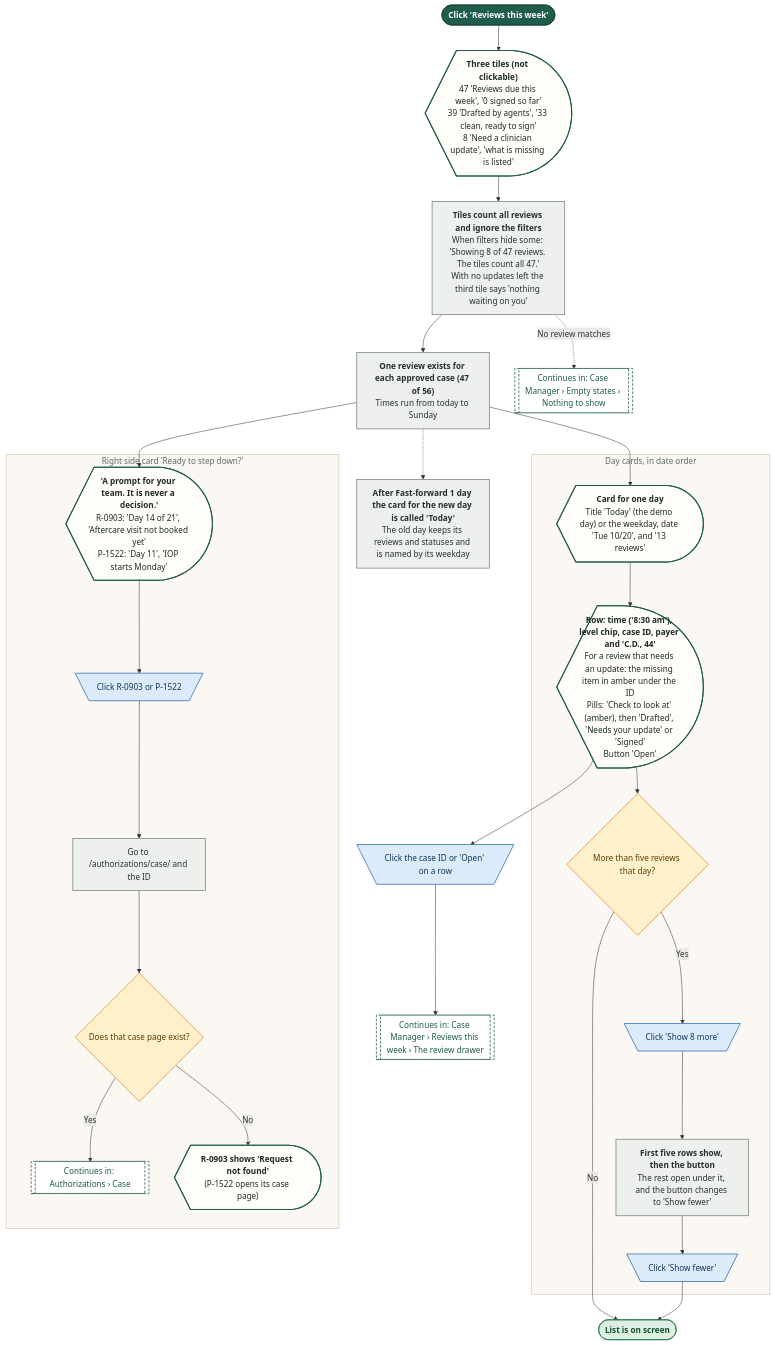
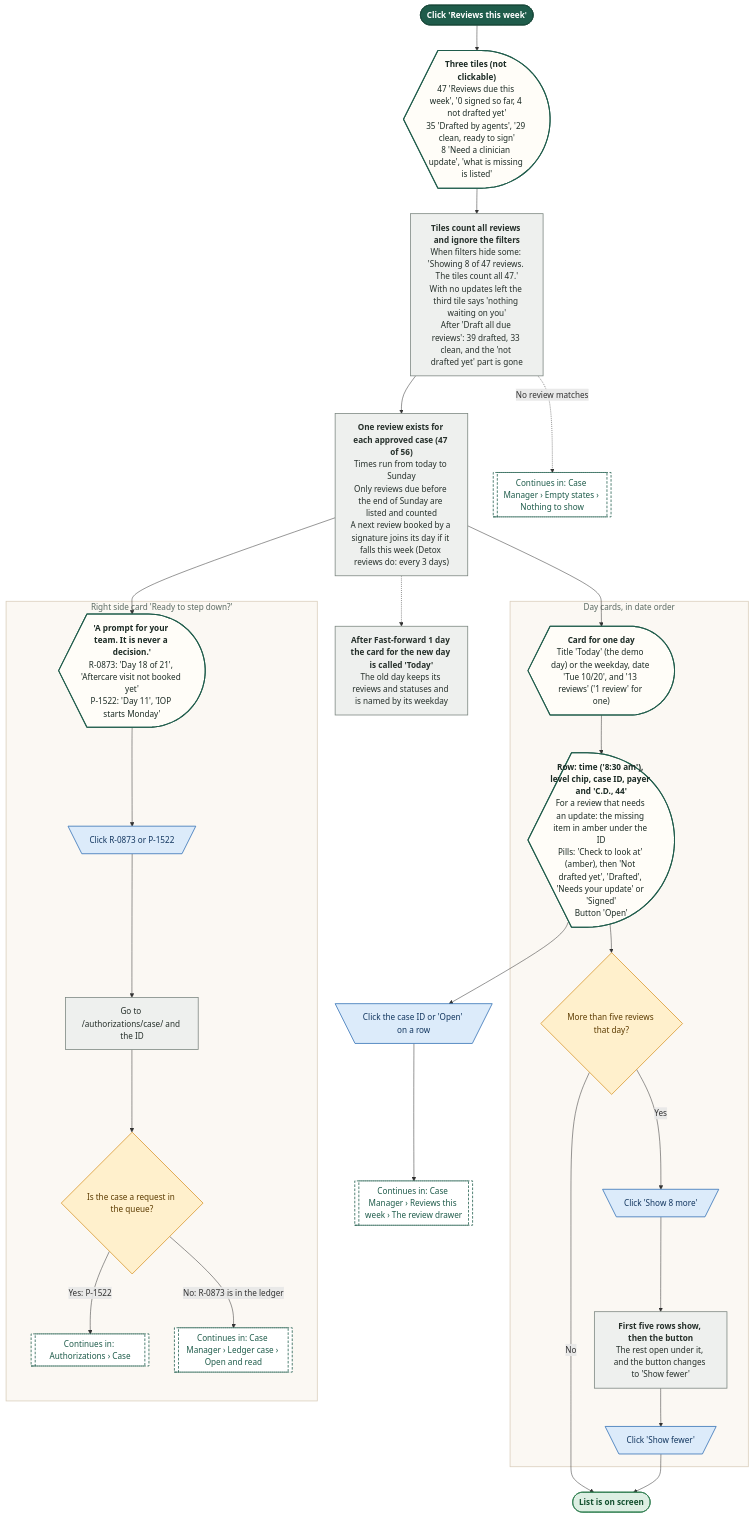
Before and after one commit to Shrav143/psyfloapp: diagram 13 of 21 in demos/prior-auth-demo/workflows/out/md/07-case-manager.md, drawn with Mermaid. The commit also changed other lines of this file and 195 other files, not shown here.

First line of the commit message:
docs: Rebuild workflow diagrams after the demo fixes (220 diagrams)

````diff
--- a/demos/prior-auth-demo/workflows/out/md/07-case-manager.md
+++ b/demos/prior-auth-demo/workflows/out/md/07-case-manager.md
@@ -674,65 +869,65 @@
 ```mermaid
 %%{init: {"theme":"base","themeVariables":{"fontFamily":"'DM Sans', 'Segoe UI', system-ui, sans-serif","fontSize":"15px","lineColor":"#5B6B63","primaryTextColor":"#1C2B25","clusterBkg":"#FBF8F3","clusterBorder":"#D9CDBB","edgeLabelBackground":"#FFFFFF"},"flowchart":{"curve":"basis","nodeSpacing":36,"rankSpacing":48,"padding":12,"htmlLabels":true,"useMaxWidth":false,"wrappingWidth":230}} }%%
 flowchart TD
   classDef k_start fill:#1F5C4B,stroke:#174638,color:#FFFFFF,stroke-width:1.5px,font-weight:600
   classDef k_end fill:#DDEFE3,stroke:#2E7D4F,color:#14502F,stroke-width:1.5px,font-weight:600
   classDef k_endx fill:#FBE3E0,stroke:#C0392B,color:#7A1F16,stroke-width:1.5px,font-weight:600
   classDef k_screen fill:#FFFDF8,stroke:#1F5C4B,color:#1C2B25,stroke-width:2px
   classDef k_overlay fill:#F1F7F3,stroke:#1F5C4B,color:#1C2B25,stroke-width:2px,stroke-dasharray:5 3
   classDef k_click fill:#DCEBFA,stroke:#2F6DB5,color:#12365F,stroke-width:1.5px
   classDef k_input fill:#E4E7FF,stroke:#4C5FD5,color:#1D2670,stroke-width:1.5px
   classDef k_process fill:#EEF0EE,stroke:#7A857F,color:#26302B,stroke-width:1.5px
   classDef k_agent fill:#EEE5FA,stroke:#7A4FC2,color:#341A63,stroke-width:1.5px
   classDef k_decision fill:#FFF0CC,stroke:#D9962B,color:#5C3B00,stroke-width:1.5px
   classDef k_store fill:#D5F0EA,stroke:#1C8E7B,color:#0B4A3F,stroke-width:1.5px
   classDef k_doc fill:#F6E9DC,stroke:#B07A4C,color:#4A2E14,stroke-width:1.5px
   classDef k_ext fill:#FFE6D2,stroke:#E07B39,color:#6B2F06,stroke-width:1.5px
   classDef k_wait fill:#E4E8EE,stroke:#6B7C93,color:#26303D,stroke-width:1.5px
   classDef k_toast fill:#FFF9DB,stroke:#C9A400,color:#5A4A00,stroke-width:1.5px
   classDef k_goto fill:#FFFFFF,stroke:#1F5C4B,color:#1F5C4B,stroke-width:1.5px,stroke-dasharray:5 3
   s1@{ shape: stadium, label: "Click 'Reviews this week'" }
-  t0@{ shape: curv-trap, label: "<b>Three tiles (not clickable)</b><br/>47 'Reviews due this week', '0 signed so far'<br/>39 'Drafted by agents', '33 clean, ready to sign'<br/>8 'Need a clinician update', 'what is missing is listed'" }
-  p0@{ shape: rect, label: "<b>Tiles count all reviews and ignore the filters</b><br/>When filters hide some: 'Showing 8 of 47 reviews. The tiles count all 47.'<br/>With no updates left the third tile says 'nothing waiting on you'" }
-  p1@{ shape: rect, label: "<b>One review exists for each approved case (47 of 56)</b><br/>Times run from today to Sunday" }
+  t0@{ shape: curv-trap, label: "<b>Three tiles (not clickable)</b><br/>47 'Reviews due this week', '0 signed so far, 4 not drafted yet'<br/>35 'Drafted by agents', '29 clean, ready to sign'<br/>8 'Need a clinician update', 'what is missing is listed'" }
+  p0@{ shape: rect, label: "<b>Tiles count all reviews and ignore the filters</b><br/>When filters hide some: 'Showing 8 of 47 reviews. The tiles count all 47.'<br/>With no updates left the third tile says 'nothing waiting on you'<br/>After 'Draft all due reviews': 39 drafted, 33 clean, and the 'not drafted yet' part is gone" }
+  p1@{ shape: rect, label: "<b>One review exists for each approved case (47 of 56)</b><br/>Times run from today to Sunday<br/>Only reviews due before the end of Sunday are listed and counted<br/>A next review booked by a signature joins its day if it falls this week (Detox reviews do: every 3 days)" }
   subgraph gDays ["Day cards, in date order"]
-  d1@{ shape: curv-trap, label: "<b>Card for one day</b><br/>Title 'Today' (the demo day) or the weekday, date 'Tue 10/20', and '13 reviews'" }
-  d2@{ shape: curv-trap, label: "<b>Row: time ('8:30 am'), level chip, case ID, payer and 'C.D., 44'</b><br/>For a review that needs an update: the missing item in amber under the ID<br/>Pills: 'Check to look at' (amber), then 'Drafted', 'Needs your update' or 'Signed'<br/>Button 'Open'" }
+  d1@{ shape: curv-trap, label: "<b>Card for one day</b><br/>Title 'Today' (the demo day) or the weekday, date 'Tue 10/20', and '13 reviews' ('1 review' for one)" }
+  d2@{ shape: curv-trap, label: "<b>Row: time ('8:30 am'), level chip, case ID, payer and 'C.D., 44'</b><br/>For a review that needs an update: the missing item in amber under the ID<br/>Pills: 'Check to look at' (amber), then 'Not drafted yet', 'Drafted', 'Needs your update' or 'Signed'<br/>Button 'Open'" }
   d3@{ shape: diam, label: "More than five reviews that day?" }
   c3@{ shape: trap-t, label: "Click 'Show 8 more'" }
   c4@{ shape: trap-t, label: "Click 'Show fewer'" }
   p3@{ shape: rect, label: "<b>First five rows show, then the button</b><br/>The rest open under it, and the button changes to 'Show fewer'" }
   end
   c1@{ shape: trap-t, label: "Click the case ID or 'Open' on a row" }
   g1@{ shape: subproc, label: "Continues in: Case Manager › Reviews this week › The review drawer" }
   subgraph gSide ["Right side card 'Ready to step down?'"]
-  s2@{ shape: curv-trap, label: "<b>'A prompt for your team. It is never a decision.'</b><br/>R-0903: 'Day 14 of 21', 'Aftercare visit not booked yet'<br/>P-1522: 'Day 11', 'IOP starts Monday'" }
-  c2@{ shape: trap-t, label: "Click R-0903 or P-1522" }
+  s2@{ shape: curv-trap, label: "<b>'A prompt for your team. It is never a decision.'</b><br/>R-0873: 'Day 18 of 21', 'Aftercare visit not booked yet'<br/>P-1522: 'Day 11', 'IOP starts Monday'" }
+  c2@{ shape: trap-t, label: "Click R-0873 or P-1522" }
   p4@{ shape: rect, label: "Go to /authorizations/case/ and the ID" }
-  d4@{ shape: diam, label: "Does that case page exist?" }
+  d4@{ shape: diam, label: "Is the case a request in the queue?" }
   g2@{ shape: subproc, label: "Continues in: Authorizations › Case" }
-  s3@{ shape: curv-trap, label: "<b>R-0903 shows 'Request not found'</b><br/>(P-1522 opens its case page)" }
+  g4@{ shape: subproc, label: "Continues in: Case Manager › Ledger case › Open and read" }
   end
   p5@{ shape: rect, label: "<b>After Fast-forward 1 day the card for the new day is called 'Today'</b><br/>The old day keeps its reviews and statuses and is named by its weekday" }
   g3@{ shape: subproc, label: "Continues in: Case Manager › Empty states › Nothing to show" }
   e1@{ shape: stadium, label: "List is on screen" }
   s1 --> t0 --> p0 --> p1 --> d1 --> d2
   d2 --> d3
   d3 -->|"Yes"| c3 --> p3
   d3 -->|"No"| e1
   p3 --> c4 --> e1
   d2 --> c1 --> g1
   p1 --> s2 --> c2 --> p4 --> d4
-  d4 -->|"Yes"| g2
-  d4 -->|"No"| s3
+  d4 -->|"Yes: P-1522"| g2
+  d4 -->|"No: R-0873 is in the ledger"| g4
   p1 -.-> p5
   p0 -.->|"No review matches"| g3
   class s1 k_start
-  class t0,d1,d2,s2,s3 k_screen
+  class t0,d1,d2,s2 k_screen
   class p0,p1,p3,p4,p5 k_process
   class d3,d4 k_decision
   class c3,c4,c1,c2 k_click
-  class g1,g2,g3 k_goto
+  class g1,g2,g4,g3 k_goto
   class e1 k_end
   style gDays fill:#FBF8F3,stroke:#D9CDBB,stroke-width:1.5px,color:#5B6B63
   style gSide fill:#FBF8F3,stroke:#D9CDBB,stroke-width:1.5px,color:#5B6B63
 ```
````
